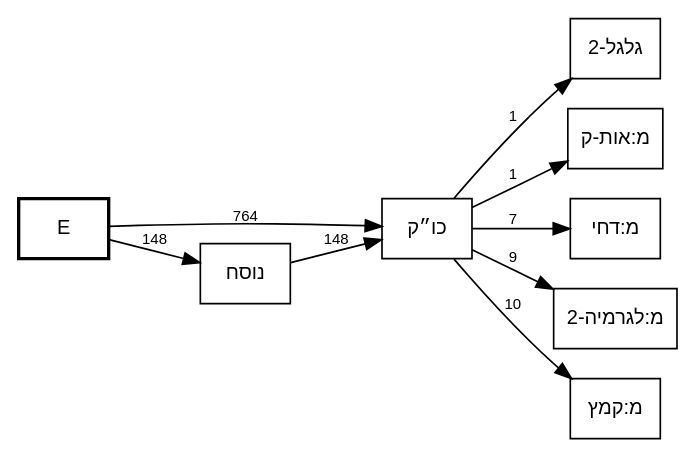
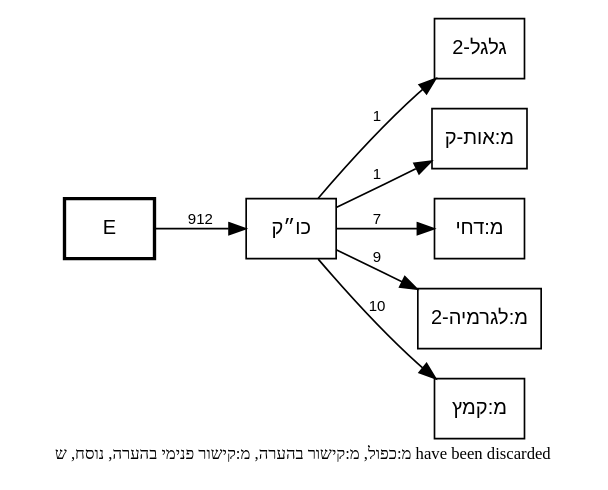
Before and after one commit to bdenckla/MAM-basics: the diagram in out/MAM-tmpl-survey/plain-kuk-call-graph.dot, drawn with Graphviz. The commit also changed 6 other files, not shown here.

First line of the commit message:
Refine focused template survey graphs: target-scoped counts + discard policy

```diff
--- a/out/MAM-tmpl-survey/plain-kuk-call-graph.dot
+++ b/out/MAM-tmpl-survey/plain-kuk-call-graph.dot
@@ -1,25 +1,26 @@
 // This file was generated by MAM-basics/py/main_tmpl_survey.py.
 // Do not edit by hand.
 digraph template_call_graph {
     rankdir=LR;
     node [fontname="SBL Hebrew,Helvetica", fontsize=12];
     edge [fontname="Helvetica", fontsize=9];
     graph [comment="This file was generated by MAM-basics/py/main_tmpl_survey.py."];
 
     // Column nodes
     node [shape=box, style=bold];
     "E";
 
     // Template nodes
     node [shape=box, style=""];
 
+    // Note
+    graph [label="מ:כפול, מ:קישור בהערה, מ:קישור פנימי בהערה, נוסח, ש have been discarded", labelloc=b, fontsize=10];
+
     // Edges
-    "E" -> "כו״ק" [label="764"];
-    "E" -> "נוסח" [label="148"];
+    "E" -> "כו״ק" [label="912"];
     "כו״ק" -> "גלגל-2" [label="1"];
     "כו״ק" -> "מ:אות-ק" [label="1"];
     "כו״ק" -> "מ:דחי" [label="7"];
     "כו״ק" -> "מ:לגרמיה-2" [label="9"];
     "כו״ק" -> "מ:קמץ" [label="10"];
-    "נוסח" -> "כו״ק" [label="148"];
 }
```
